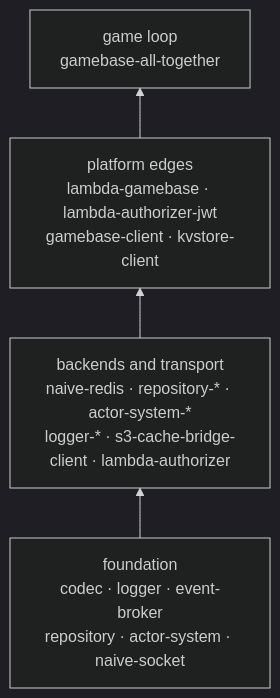
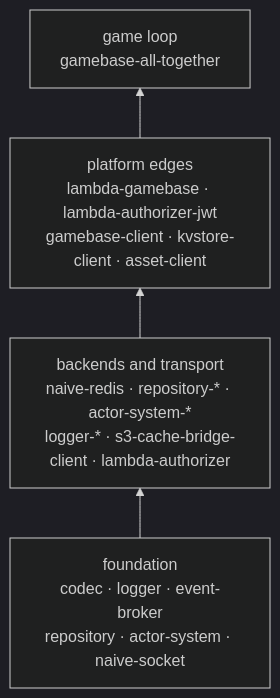
The third of 3 diagrams in docs/platform.md (yingyeothon/tslib), drawn with Mermaid (dark theme) before and after one commit. The commit also changed other lines of this file and 30 other files, not shown here.

````diff
--- a/docs/platform.md
+++ b/docs/platform.md
@@ -127,10 +127,10 @@
 ```mermaid
 flowchart BT
   found["foundation<br/>codec · logger · event-broker<br/>repository · actor-system · naive-socket"]
   back["backends and transport<br/>naive-redis · repository-* · actor-system-*<br/>logger-* · s3-cache-bridge-client · lambda-authorizer"]
-  edge["platform edges<br/>lambda-gamebase · lambda-authorizer-jwt<br/>gamebase-client · kvstore-client"]
+  edge["platform edges<br/>lambda-gamebase · lambda-authorizer-jwt<br/>gamebase-client · kvstore-client · asset-client"]
   loop["game loop<br/>gamebase-all-together"]
   found --> back
   back --> edge
   edge --> loop
 ```
````
